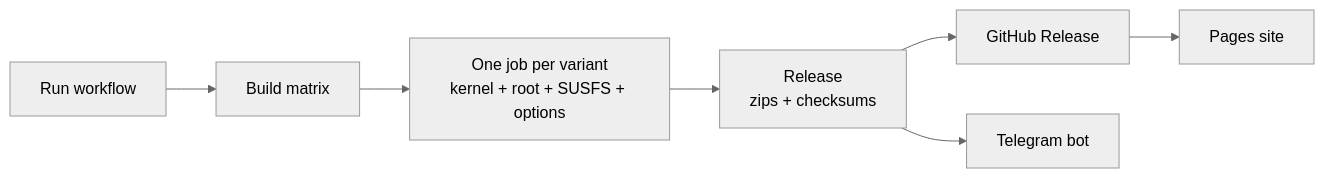
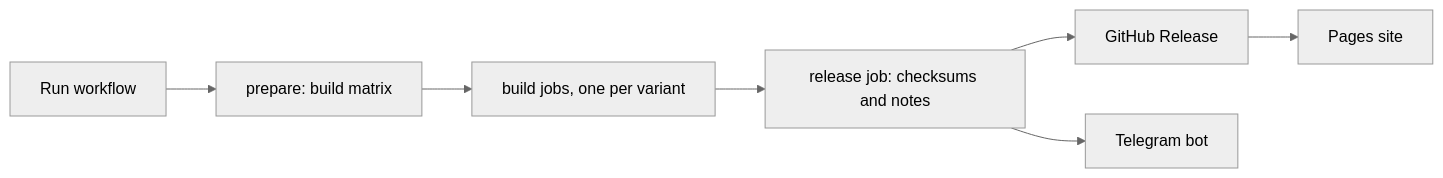
The diagram in README.md (sandtomatowich-hubexe/HyperCore), drawn with Mermaid (neutral theme) before and after one commit. The commit also changed other lines of this file and 21 other files, not shown here.

````diff
--- a/README.md
+++ b/README.md
@@ -44,9 +59,9 @@
 ```mermaid
 flowchart LR
-    A[Run workflow] --> B[Build matrix]
-    B --> C[One job per variant<br/>kernel + root + SUSFS + options]
-    C --> D[Release<br/>zips + checksums]
+    A[Run workflow] --> B[prepare: build matrix]
+    B --> C[build jobs, one per variant]
+    C --> D[release job: checksums and notes]
     D --> E[GitHub Release]
     D --> F[Telegram bot]
     E --> G[Pages site]
 ```
````
